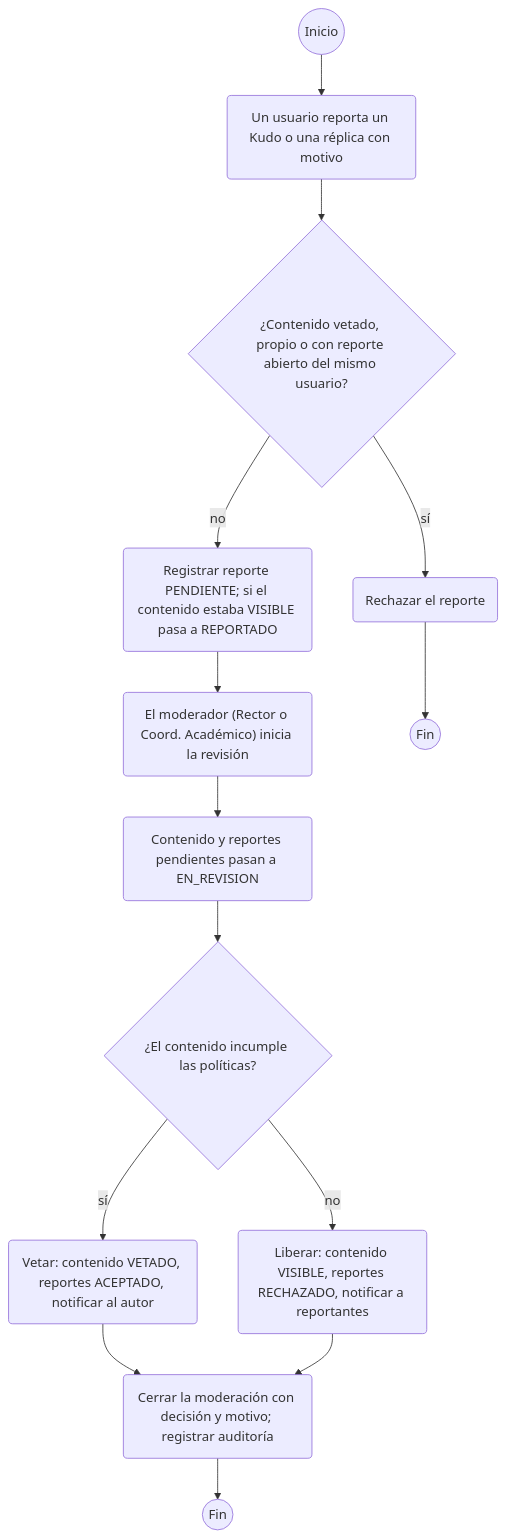
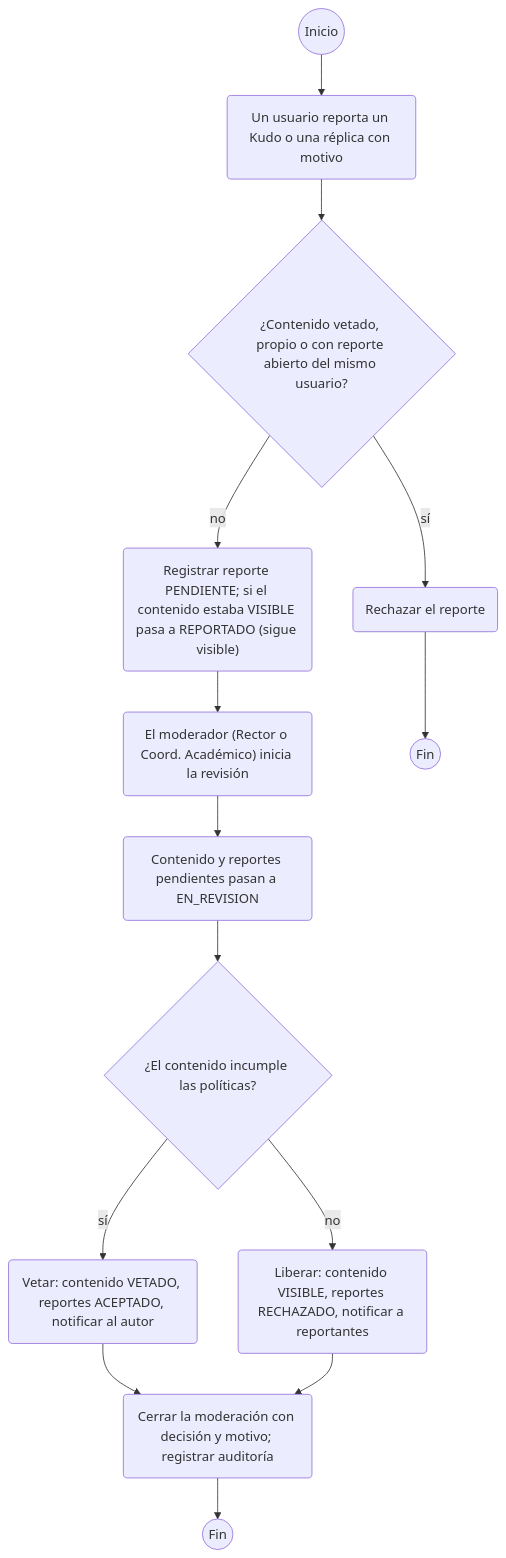
The eighth of 14 diagrams in documentacion/docs/06-diagramas-comportamiento/README.md (JaiderSoto07/kudos-backend), drawn with Mermaid before and after one commit. The commit also changed other lines of this file and 143 other files, not shown here.

````diff
--- a/documentacion/docs/06-diagramas-comportamiento/README.md
+++ b/documentacion/docs/06-diagramas-comportamiento/README.md
@@ -226,29 +226,29 @@
 ```mermaid
 flowchart TD
     i((Inicio))
     a1("Un usuario reporta un Kudo o una réplica con motivo")
     d1{"¿Contenido vetado, propio o con reporte abierto del mismo usuario?"}
     a2("Rechazar el reporte")
-    a3("Registrar reporte PENDIENTE; si el contenido estaba VISIBLE pasa a REPORTADO")
+    a3("Registrar reporte PENDIENTE; si el contenido estaba VISIBLE pasa a REPORTADO (sigue visible)")
     a4("El moderador (Rector o Coord. Académico) inicia la revisión")
     a5("Contenido y reportes pendientes pasan a EN_REVISION")
     d2{"¿El contenido incumple las políticas?"}
     a6("Vetar: contenido VETADO, reportes ACEPTADO, notificar al autor")
     a7("Liberar: contenido VISIBLE, reportes RECHAZADO, notificar a reportantes")
     a8("Cerrar la moderación con decisión y motivo; registrar auditoría")
     f((Fin))
     f2((Fin))
     i --> a1
     a1 --> d1
     d1 -->|sí| a2
     a2 --> f2
     d1 -->|no| a3
     a3 --> a4
     a4 --> a5
     a5 --> d2
     d2 -->|sí| a6
     d2 -->|no| a7
     a6 --> a8
     a7 --> a8
     a8 --> f
 ```
````
